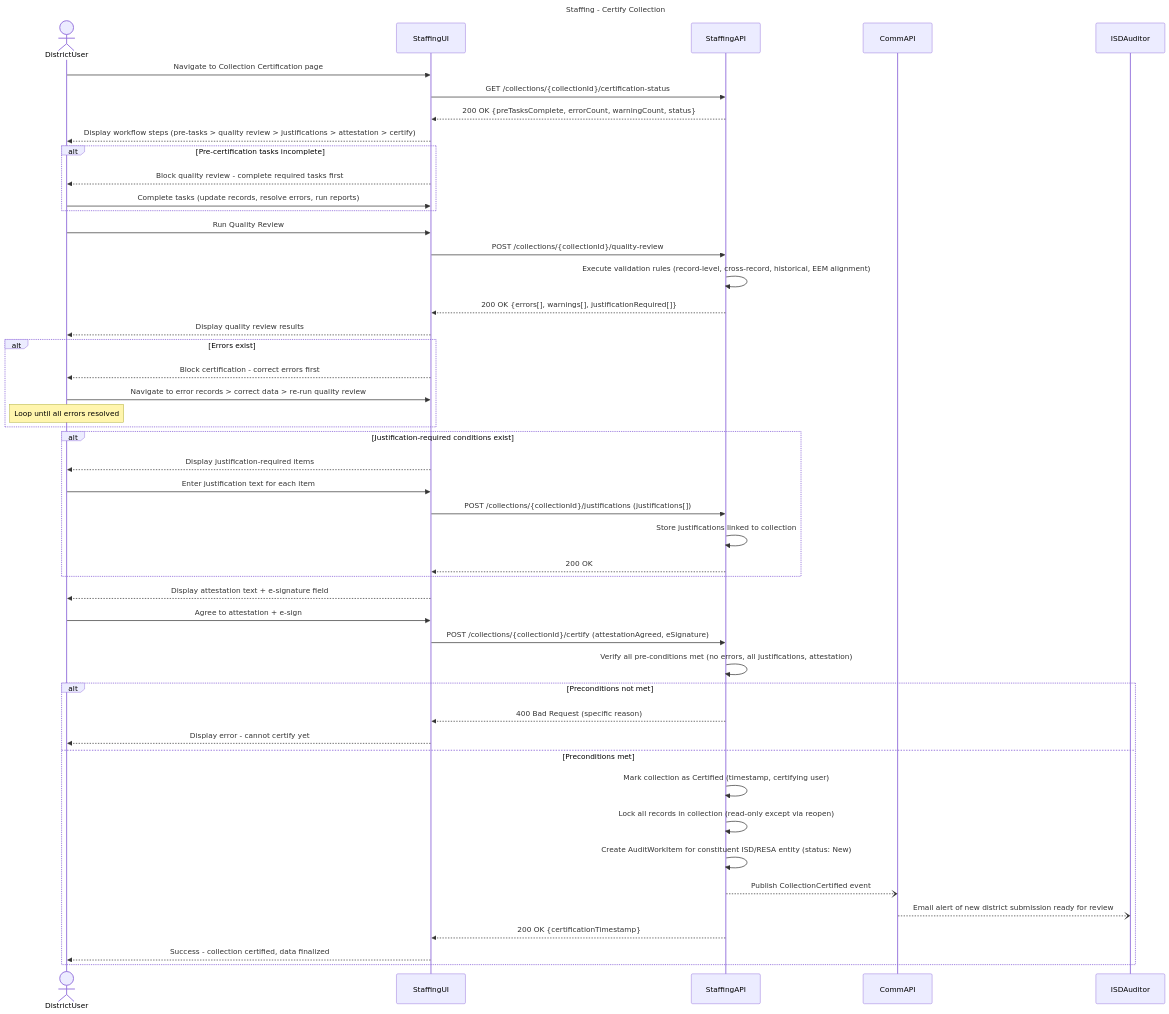
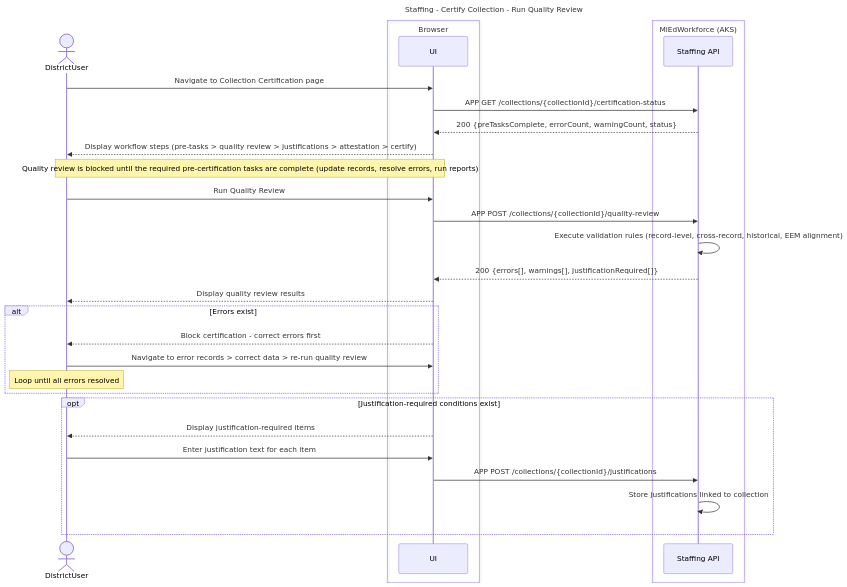
One commit to mnichols-dl/mied-design changed the seventh of 14 diagrams in working-docs/solution-areas/staffing/staffing-sequences.md. Above: the diagram before and after it, drawn with Mermaid. The commit also changed other lines of this file and 34 other files, not shown here.

Commit message:
Update sequences and perform RTM assessment

````diff
--- a/working-docs/solution-areas/staffing/staffing-sequences.md
+++ b/working-docs/solution-areas/staffing/staffing-sequences.md
@@ -325,62 +393,40 @@
 ```mermaid
 ---
-title: Staffing - Certify Collection
+title: Staffing - Certify Collection - Run Quality Review
 ---
 sequenceDiagram
     actor DistrictUser
-    participant StaffingUI
-    participant StaffingAPI
-    participant CommAPI
-    
-    DistrictUser->>StaffingUI: Navigate to Collection Certification page
-    StaffingUI->>StaffingAPI: GET /collections/{collectionId}/certification-status
-    StaffingAPI-->>StaffingUI: 200 OK {preTasksComplete, errorCount, warningCount, status}
-    
-    StaffingUI-->>DistrictUser: Display workflow steps (pre-tasks > quality review > justifications > attestation > certify)
-    
-    alt Pre-certification tasks incomplete
-        StaffingUI-->>DistrictUser: Block quality review - complete required tasks first
-        DistrictUser->>StaffingUI: Complete tasks (update records, resolve errors, run reports)
+    box Browser
+        participant UI as UI
     end
-    
-    DistrictUser->>StaffingUI: Run Quality Review
-    StaffingUI->>StaffingAPI: POST /collections/{collectionId}/quality-review
-    StaffingAPI->>StaffingAPI: Execute validation rules (record-level, cross-record, historical, EEM alignment)
-    StaffingAPI-->>StaffingUI: 200 OK {errors[], warnings[], justificationRequired[]}
-    
-    StaffingUI-->>DistrictUser: Display quality review results
-    
+    box MiEdWorkforce (AKS)
+        participant StaffingApi as Staffing API
+    end
+
+    DistrictUser->>UI: Navigate to Collection Certification page
+    UI->>StaffingApi: APP GET /collections/{collectionId}/certification-status
+    StaffingApi-->>UI: 200 {preTasksComplete, errorCount, warningCount, status}
+
+    UI-->>DistrictUser: Display workflow steps (pre-tasks > quality review > justifications > attestation > certify)
+    Note over UI,DistrictUser: Quality review is blocked until the required pre-certification tasks are complete (update records, resolve errors, run reports)
+
+    DistrictUser->>UI: Run Quality Review
+    UI->>StaffingApi: APP POST /collections/{collectionId}/quality-review
+    StaffingApi->>StaffingApi: Execute validation rules (record-level, cross-record, historical, EEM alignment)
+    StaffingApi-->>UI: 200 {errors[], warnings[], justificationRequired[]}
+
+    UI-->>DistrictUser: Display quality review results
+
     alt Errors exist
-        StaffingUI-->>DistrictUser: Block certification - correct errors first
-        DistrictUser->>StaffingUI: Navigate to error records > correct data > re-run quality review
+        UI-->>DistrictUser: Block certification - correct errors first
+        DistrictUser->>UI: Navigate to error records > correct data > re-run quality review
         Note over DistrictUser: Loop until all errors resolved
     end
-    
-    alt Justification-required conditions exist
-        StaffingUI-->>DistrictUser: Display justification-required items
-        DistrictUser->>StaffingUI: Enter justification text for each item
-        StaffingUI->>StaffingAPI: POST /collections/{collectionId}/justifications (justifications[])
-        StaffingAPI->>StaffingAPI: Store justifications linked to collection
-        StaffingAPI-->>StaffingUI: 200 OK
-    end
-    
-    StaffingUI-->>DistrictUser: Display attestation text + e-signature field
-    DistrictUser->>StaffingUI: Agree to attestation + e-sign
-    StaffingUI->>StaffingAPI: POST /collections/{collectionId}/certify (attestationAgreed, eSignature)
-    
-    StaffingAPI->>StaffingAPI: Verify all pre-conditions met (no errors, all justifications, attestation)
-    
-    alt Preconditions not met
-        StaffingAPI-->>StaffingUI: 400 Bad Request (specific reason)
-        StaffingUI-->>DistrictUser: Display error - cannot certify yet
-    else Preconditions met
-        StaffingAPI->>StaffingAPI: Mark collection as Certified (timestamp, certifying user)
-        StaffingAPI->>StaffingAPI: Lock all records in collection (read-only except via reopen)
-        StaffingAPI->>StaffingAPI: Create AuditWorkItem for constituent ISD/RESA entity (status: New)
-        StaffingAPI--)CommAPI: Publish CollectionCertified event
-        CommAPI--)ISDAuditor: Email alert of new district submission ready for review
-        
-        StaffingAPI-->>StaffingUI: 200 OK {certificationTimestamp}
-        StaffingUI-->>DistrictUser: Success - collection certified, data finalized
+
+    opt Justification-required conditions exist
+        UI-->>DistrictUser: Display justification-required items
+        DistrictUser->>UI: Enter justification text for each item
+        UI->>StaffingApi: APP POST /collections/{collectionId}/justifications
+        StaffingApi->>StaffingApi: Store justifications linked to collection
     end
 ```
````
